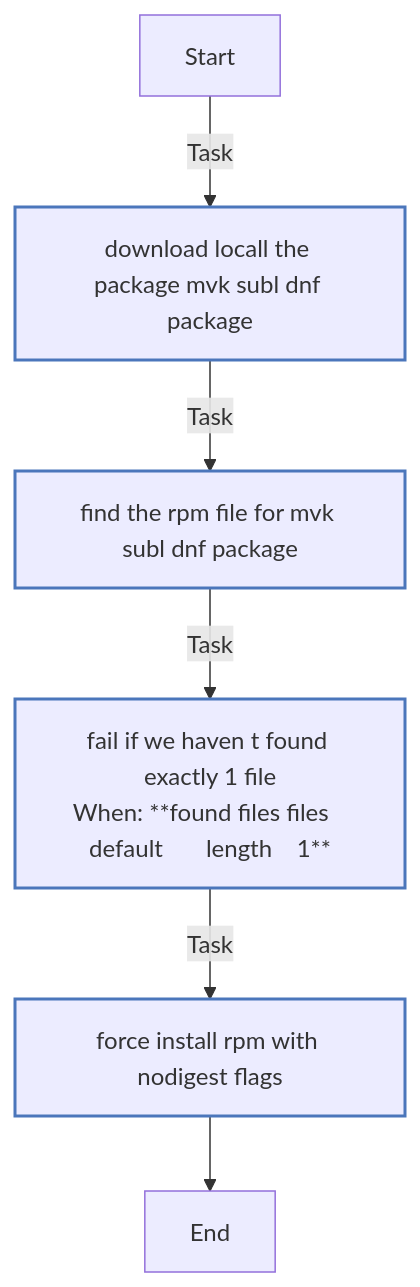
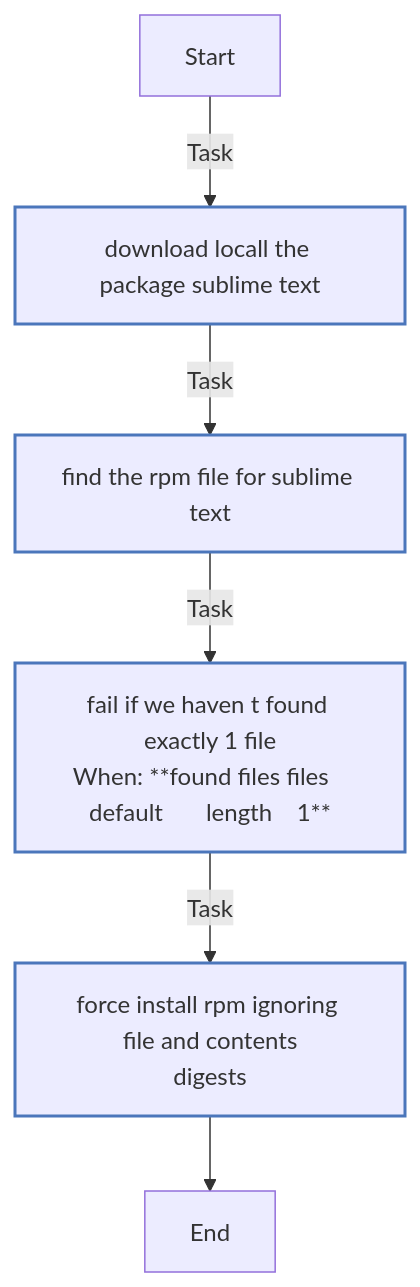
One commit to mvk/ansible-role-subl changed the third of 4 diagrams in README.md. Above: the diagram before and after it, drawn with Mermaid. The commit also changed other lines of this file, not shown here.

````diff
--- a/README.md
+++ b/README.md
@@ -126,18 +126,18 @@
 ```mermaid
 flowchart TD
 Start
 classDef block stroke:#3498db,stroke-width:2px;
 classDef task stroke:#4b76bb,stroke-width:2px;
 classDef includeTasks stroke:#16a085,stroke-width:2px;
 classDef importTasks stroke:#34495e,stroke-width:2px;
 classDef includeRole stroke:#2980b9,stroke-width:2px;
 classDef importRole stroke:#699ba7,stroke-width:2px;
 classDef includeVars stroke:#8e44ad,stroke-width:2px;
 classDef rescue stroke:#665352,stroke-width:2px;
 
-  Start-->|Task| Download_locall_the_package_mvk_subl_dnf_package0[download locall the package mvk subl dnf package]:::task
-  Download_locall_the_package_mvk_subl_dnf_package0-->|Task| Find_the_RPM_file_for_mvk_subl_dnf_package1[find the rpm file for mvk subl dnf package]:::task
-  Find_the_RPM_file_for_mvk_subl_dnf_package1-->|Task| Fail_if_we_haven_t_found_exactly_1_file2[fail if we haven t found exactly 1 file<br>When: **found files files   default       length    1**]:::task
-  Fail_if_we_haven_t_found_exactly_1_file2-->|Task| Force_install_RPM_with_nodigest_flags3[force install rpm with nodigest flags]:::task
-  Force_install_RPM_with_nodigest_flags3-->End
+  Start-->|Task| Download_locall_the_package_sublime_text0[download locall the package sublime text]:::task
+  Download_locall_the_package_sublime_text0-->|Task| Find_the_RPM_file_for_sublime_text1[find the rpm file for sublime text]:::task
+  Find_the_RPM_file_for_sublime_text1-->|Task| Fail_if_we_haven_t_found_exactly_1_file2[fail if we haven t found exactly 1 file<br>When: **found files files   default       length    1**]:::task
+  Fail_if_we_haven_t_found_exactly_1_file2-->|Task| Force_install_RPM_ignoring_file_and_contents_digests3[force install rpm ignoring file and contents<br>digests]:::task
+  Force_install_RPM_ignoring_file_and_contents_digests3-->End
 ```
````
